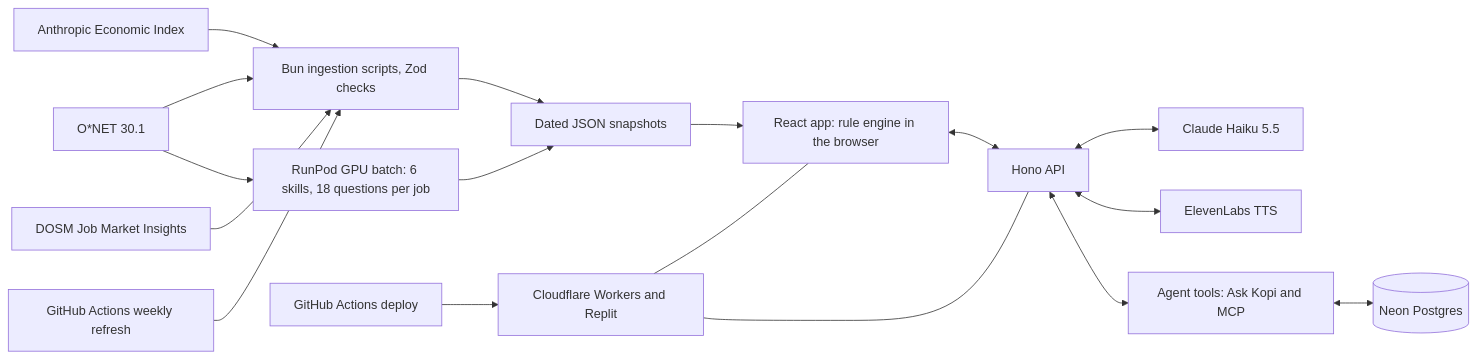
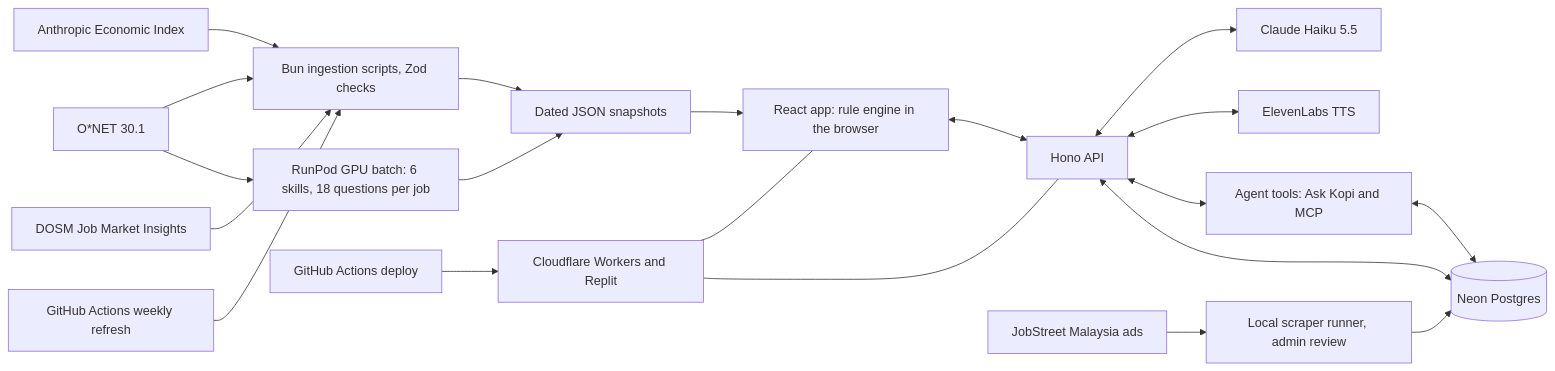
The diagram in docs/PRD.md (TolongLabs/Kotak), drawn with Mermaid before and after one commit. The commit also changed other lines of this file and 12 other files, not shown here.

````diff
--- a/docs/PRD.md
+++ b/docs/PRD.md
@@ -105,19 +105,22 @@
 ```mermaid
 flowchart LR
   ONET["O*NET 30.1"] --> ING["Bun ingestion scripts, Zod checks"]
   AEI["Anthropic Economic Index"] --> ING
   DOSM["DOSM Job Market Insights"] --> ING
   GHA["GitHub Actions weekly refresh"] --> ING
   ONET --> GPU["RunPod GPU batch: 6 skills, 18 questions per job"]
   ING --> SNAP["Dated JSON snapshots"]
   GPU --> SNAP
   SNAP --> WEB["React app: rule engine in the browser"]
   WEB <--> API["Hono API"]
   API <--> CLAUDE["Claude Haiku 5.5"]
   API <--> TTS["ElevenLabs TTS"]
   API <--> AGENT["Agent tools: Ask Kopi and MCP"]
   AGENT <--> PG[("Neon Postgres")]
+  JOBS["JobStreet Malaysia ads"] --> SCRAPER["Local scraper runner, admin review"]
+  SCRAPER --> PG
+  API <--> PG
   DEPLOY["GitHub Actions deploy"] --> HOST["Cloudflare Workers and Replit"]
   HOST --- WEB
   HOST --- API
 ```
````
